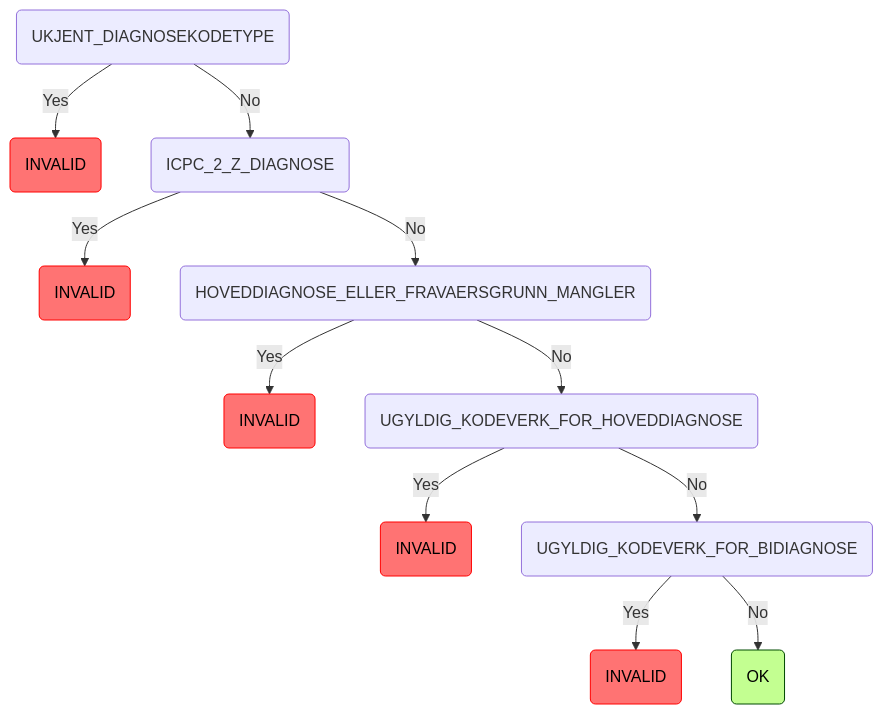
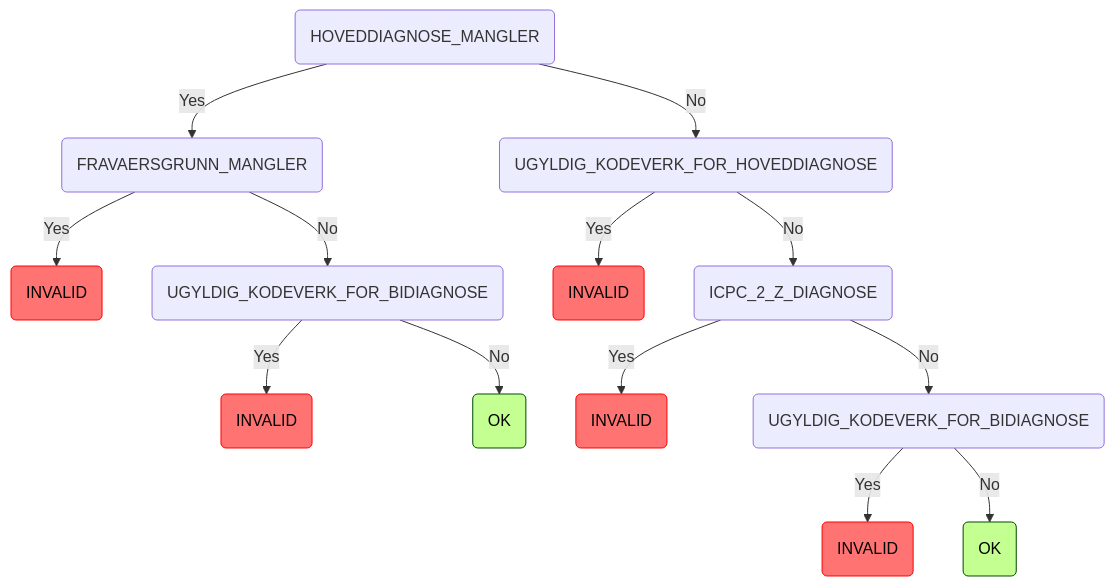
Before and after one commit to navikt/syfosmregler: the sixth of 9 diagrams in README.md, drawn with Mermaid. The commit also changed 4 other files, not shown here.

````diff
--- a/README.md
+++ b/README.md
@@ -219,16 +219,18 @@
 ```mermaid
 graph TD
-    root(UKJENT_DIAGNOSEKODETYPE) -->|Yes| root_UKJENT_DIAGNOSEKODETYPE_INVALID(INVALID):::invalid
-    root(UKJENT_DIAGNOSEKODETYPE) -->|No| root_UKJENT_DIAGNOSEKODETYPE_ICPC_2_Z_DIAGNOSE(ICPC_2_Z_DIAGNOSE)
-    root_UKJENT_DIAGNOSEKODETYPE_ICPC_2_Z_DIAGNOSE(ICPC_2_Z_DIAGNOSE) -->|Yes| root_UKJENT_DIAGNOSEKODETYPE_ICPC_2_Z_DIAGNOSE_INVALID(INVALID):::invalid
-    root_UKJENT_DIAGNOSEKODETYPE_ICPC_2_Z_DIAGNOSE(ICPC_2_Z_DIAGNOSE) -->|No| root_UKJENT_DIAGNOSEKODETYPE_ICPC_2_Z_DIAGNOSE_HOVEDDIAGNOSE_ELLER_FRAVAERSGRUNN_MANGLER(HOVEDDIAGNOSE_ELLER_FRAVAERSGRUNN_MANGLER)
-    root_UKJENT_DIAGNOSEKODETYPE_ICPC_2_Z_DIAGNOSE_HOVEDDIAGNOSE_ELLER_FRAVAERSGRUNN_MANGLER(HOVEDDIAGNOSE_ELLER_FRAVAERSGRUNN_MANGLER) -->|Yes| root_UKJENT_DIAGNOSEKODETYPE_ICPC_2_Z_DIAGNOSE_HOVEDDIAGNOSE_ELLER_FRAVAERSGRUNN_MANGLER_INVALID(INVALID):::invalid
-    root_UKJENT_DIAGNOSEKODETYPE_ICPC_2_Z_DIAGNOSE_HOVEDDIAGNOSE_ELLER_FRAVAERSGRUNN_MANGLER(HOVEDDIAGNOSE_ELLER_FRAVAERSGRUNN_MANGLER) -->|No| root_UKJENT_DIAGNOSEKODETYPE_ICPC_2_Z_DIAGNOSE_HOVEDDIAGNOSE_ELLER_FRAVAERSGRUNN_MANGLER_UGYLDIG_KODEVERK_FOR_HOVEDDIAGNOSE(UGYLDIG_KODEVERK_FOR_HOVEDDIAGNOSE)
-    root_UKJENT_DIAGNOSEKODETYPE_ICPC_2_Z_DIAGNOSE_HOVEDDIAGNOSE_ELLER_FRAVAERSGRUNN_MANGLER_UGYLDIG_KODEVERK_FOR_HOVEDDIAGNOSE(UGYLDIG_KODEVERK_FOR_HOVEDDIAGNOSE) -->|Yes| root_UKJENT_DIAGNOSEKODETYPE_ICPC_2_Z_DIAGNOSE_HOVEDDIAGNOSE_ELLER_FRAVAERSGRUNN_MANGLER_UGYLDIG_KODEVERK_FOR_HOVEDDIAGNOSE_INVALID(INVALID):::invalid
-    root_UKJENT_DIAGNOSEKODETYPE_ICPC_2_Z_DIAGNOSE_HOVEDDIAGNOSE_ELLER_FRAVAERSGRUNN_MANGLER_UGYLDIG_KODEVERK_FOR_HOVEDDIAGNOSE(UGYLDIG_KODEVERK_FOR_HOVEDDIAGNOSE) -->|No| root_UKJENT_DIAGNOSEKODETYPE_ICPC_2_Z_DIAGNOSE_HOVEDDIAGNOSE_ELLER_FRAVAERSGRUNN_MANGLER_UGYLDIG_KODEVERK_FOR_HOVEDDIAGNOSE_UGYLDIG_KODEVERK_FOR_BIDIAGNOSE(UGYLDIG_KODEVERK_FOR_BIDIAGNOSE)
-    root_UKJENT_DIAGNOSEKODETYPE_ICPC_2_Z_DIAGNOSE_HOVEDDIAGNOSE_ELLER_FRAVAERSGRUNN_MANGLER_UGYLDIG_KODEVERK_FOR_HOVEDDIAGNOSE_UGYLDIG_KODEVERK_FOR_BIDIAGNOSE(UGYLDIG_KODEVERK_FOR_BIDIAGNOSE) -->|Yes| root_UKJENT_DIAGNOSEKODETYPE_ICPC_2_Z_DIAGNOSE_HOVEDDIAGNOSE_ELLER_FRAVAERSGRUNN_MANGLER_UGYLDIG_KODEVERK_FOR_HOVEDDIAGNOSE_UGYLDIG_KODEVERK_FOR_BIDIAGNOSE_INVALID(INVALID):::invalid
-    root_UKJENT_DIAGNOSEKODETYPE_ICPC_2_Z_DIAGNOSE_HOVEDDIAGNOSE_ELLER_FRAVAERSGRUNN_MANGLER_UGYLDIG_KODEVERK_FOR_HOVEDDIAGNOSE_UGYLDIG_KODEVERK_FOR_BIDIAGNOSE(UGYLDIG_KODEVERK_FOR_BIDIAGNOSE) -->|No| root_UKJENT_DIAGNOSEKODETYPE_ICPC_2_Z_DIAGNOSE_HOVEDDIAGNOSE_ELLER_FRAVAERSGRUNN_MANGLER_UGYLDIG_KODEVERK_FOR_HOVEDDIAGNOSE_UGYLDIG_KODEVERK_FOR_BIDIAGNOSE_OK(OK):::ok
+    root(HOVEDDIAGNOSE_MANGLER) -->|Yes| root_HOVEDDIAGNOSE_MANGLER_FRAVAERSGRUNN_MANGLER(FRAVAERSGRUNN_MANGLER)
+    root_HOVEDDIAGNOSE_MANGLER_FRAVAERSGRUNN_MANGLER(FRAVAERSGRUNN_MANGLER) -->|Yes| root_HOVEDDIAGNOSE_MANGLER_FRAVAERSGRUNN_MANGLER_INVALID(INVALID):::invalid
+    root_HOVEDDIAGNOSE_MANGLER_FRAVAERSGRUNN_MANGLER(FRAVAERSGRUNN_MANGLER) -->|No| root_HOVEDDIAGNOSE_MANGLER_FRAVAERSGRUNN_MANGLER_UGYLDIG_KODEVERK_FOR_BIDIAGNOSE(UGYLDIG_KODEVERK_FOR_BIDIAGNOSE)
+    root_HOVEDDIAGNOSE_MANGLER_FRAVAERSGRUNN_MANGLER_UGYLDIG_KODEVERK_FOR_BIDIAGNOSE(UGYLDIG_KODEVERK_FOR_BIDIAGNOSE) -->|Yes| root_HOVEDDIAGNOSE_MANGLER_FRAVAERSGRUNN_MANGLER_UGYLDIG_KODEVERK_FOR_BIDIAGNOSE_INVALID(INVALID):::invalid
+    root_HOVEDDIAGNOSE_MANGLER_FRAVAERSGRUNN_MANGLER_UGYLDIG_KODEVERK_FOR_BIDIAGNOSE(UGYLDIG_KODEVERK_FOR_BIDIAGNOSE) -->|No| root_HOVEDDIAGNOSE_MANGLER_FRAVAERSGRUNN_MANGLER_UGYLDIG_KODEVERK_FOR_BIDIAGNOSE_OK(OK):::ok
+    root(HOVEDDIAGNOSE_MANGLER) -->|No| root_HOVEDDIAGNOSE_MANGLER_UGYLDIG_KODEVERK_FOR_HOVEDDIAGNOSE(UGYLDIG_KODEVERK_FOR_HOVEDDIAGNOSE)
+    root_HOVEDDIAGNOSE_MANGLER_UGYLDIG_KODEVERK_FOR_HOVEDDIAGNOSE(UGYLDIG_KODEVERK_FOR_HOVEDDIAGNOSE) -->|Yes| root_HOVEDDIAGNOSE_MANGLER_UGYLDIG_KODEVERK_FOR_HOVEDDIAGNOSE_INVALID(INVALID):::invalid
+    root_HOVEDDIAGNOSE_MANGLER_UGYLDIG_KODEVERK_FOR_HOVEDDIAGNOSE(UGYLDIG_KODEVERK_FOR_HOVEDDIAGNOSE) -->|No| root_HOVEDDIAGNOSE_MANGLER_UGYLDIG_KODEVERK_FOR_HOVEDDIAGNOSE_ICPC_2_Z_DIAGNOSE(ICPC_2_Z_DIAGNOSE)
+    root_HOVEDDIAGNOSE_MANGLER_UGYLDIG_KODEVERK_FOR_HOVEDDIAGNOSE_ICPC_2_Z_DIAGNOSE(ICPC_2_Z_DIAGNOSE) -->|Yes| root_HOVEDDIAGNOSE_MANGLER_UGYLDIG_KODEVERK_FOR_HOVEDDIAGNOSE_ICPC_2_Z_DIAGNOSE_INVALID(INVALID):::invalid
+    root_HOVEDDIAGNOSE_MANGLER_UGYLDIG_KODEVERK_FOR_HOVEDDIAGNOSE_ICPC_2_Z_DIAGNOSE(ICPC_2_Z_DIAGNOSE) -->|No| root_HOVEDDIAGNOSE_MANGLER_UGYLDIG_KODEVERK_FOR_HOVEDDIAGNOSE_ICPC_2_Z_DIAGNOSE_UGYLDIG_KODEVERK_FOR_BIDIAGNOSE(UGYLDIG_KODEVERK_FOR_BIDIAGNOSE)
+    root_HOVEDDIAGNOSE_MANGLER_UGYLDIG_KODEVERK_FOR_HOVEDDIAGNOSE_ICPC_2_Z_DIAGNOSE_UGYLDIG_KODEVERK_FOR_BIDIAGNOSE(UGYLDIG_KODEVERK_FOR_BIDIAGNOSE) -->|Yes| root_HOVEDDIAGNOSE_MANGLER_UGYLDIG_KODEVERK_FOR_HOVEDDIAGNOSE_ICPC_2_Z_DIAGNOSE_UGYLDIG_KODEVERK_FOR_BIDIAGNOSE_INVALID(INVALID):::invalid
+    root_HOVEDDIAGNOSE_MANGLER_UGYLDIG_KODEVERK_FOR_HOVEDDIAGNOSE_ICPC_2_Z_DIAGNOSE_UGYLDIG_KODEVERK_FOR_BIDIAGNOSE(UGYLDIG_KODEVERK_FOR_BIDIAGNOSE) -->|No| root_HOVEDDIAGNOSE_MANGLER_UGYLDIG_KODEVERK_FOR_HOVEDDIAGNOSE_ICPC_2_Z_DIAGNOSE_UGYLDIG_KODEVERK_FOR_BIDIAGNOSE_OK(OK):::ok
     classDef ok fill:#c3ff91,stroke:#004a00,color: black;
     classDef invalid fill:#ff7373,stroke:#ff0000,color: black;
     classDef manuell fill:#ffe24f,stroke:#ffd500,color: #473c00;
 ```
````
